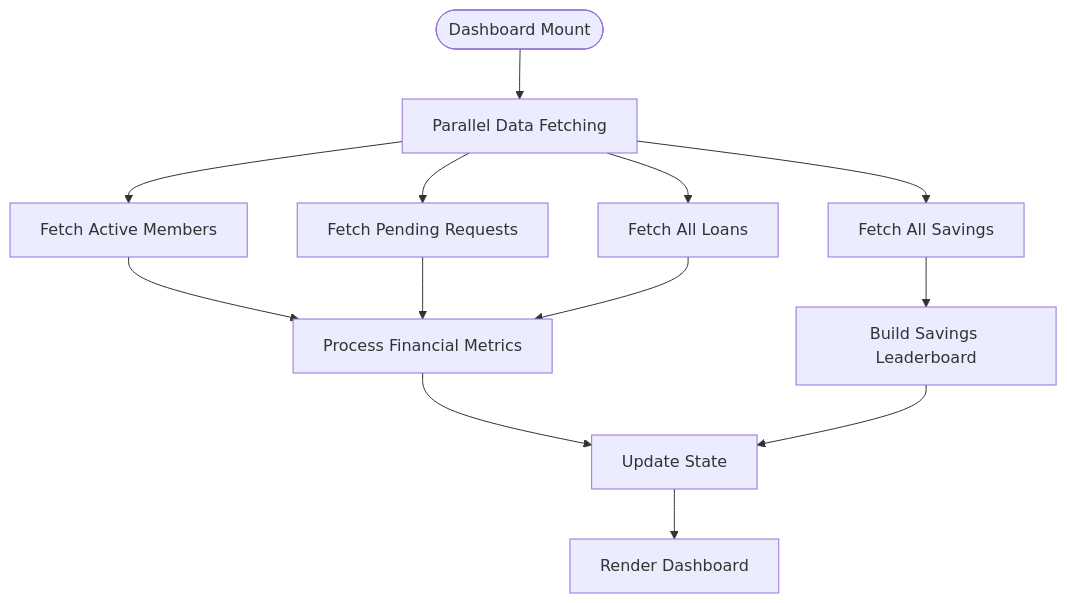
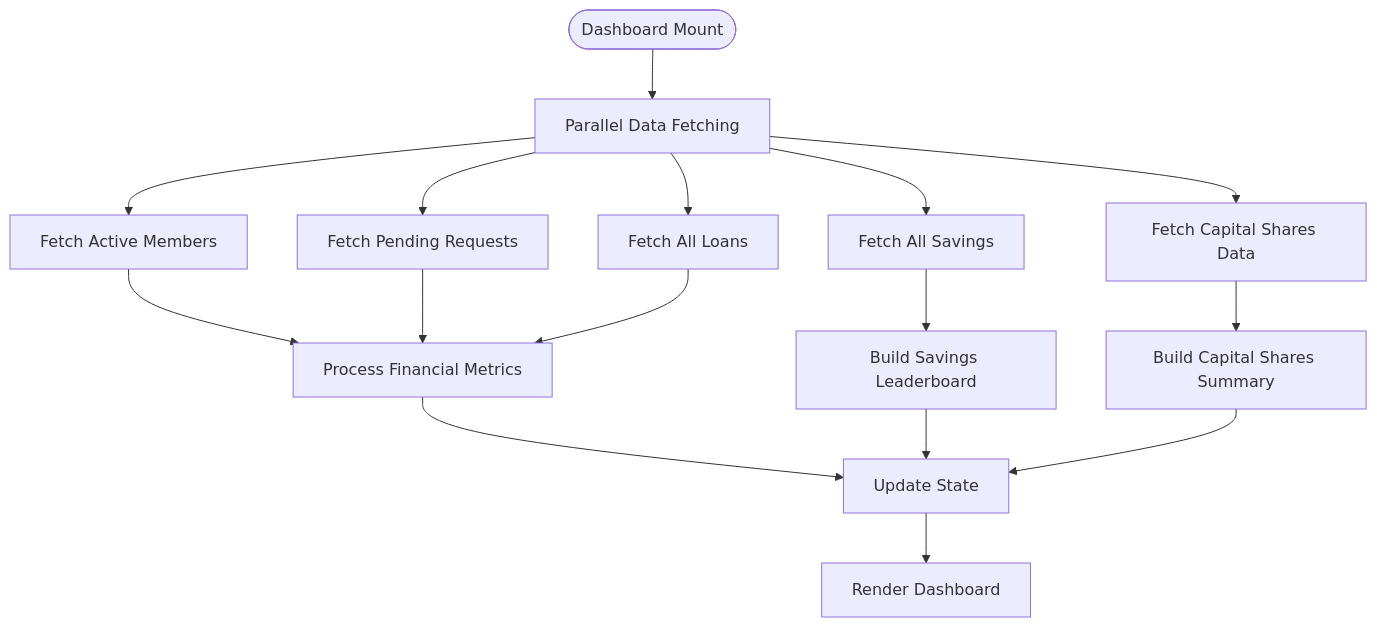
One commit to Unsure-bry/sampacoop_system changed the seventh of 12 diagrams in .qoder/repowiki/en/content/Project Overview/Core Features & Functionality/Reporting & Analytics.md. Above: the diagram before and after it, drawn with Mermaid. The commit also changed other lines of this file and 5 other files, not shown here.

````diff
--- a/.qoder/repowiki/en/content/Project Overview/Core Features & Functionality/Reporting & Analytics.md
+++ b/.qoder/repowiki/en/content/Project Overview/Core Features & Functionality/Reporting & Analytics.md
@@ -388,15 +547,18 @@
 ```mermaid
 flowchart TD
 Start(["Dashboard Mount"]) --> Parallel["Parallel Data Fetching"]
 Parallel --> Members["Fetch Active Members"]
 Parallel --> Requests["Fetch Pending Requests"]
 Parallel --> Loans["Fetch All Loans"]
 Parallel --> Savings["Fetch All Savings"]
+Parallel --> CapitalShares["Fetch Capital Shares Data"]
 Members --> Process["Process Financial Metrics"]
 Requests --> Process
 Loans --> Process
 Savings --> Leaderboard["Build Savings Leaderboard"]
+CapitalShares --> CapitalSummary["Build Capital Shares Summary"]
 Process --> State["Update State"]
 Leaderboard --> State
+CapitalSummary --> State
 State --> Render["Render Dashboard"]
 ```
````
